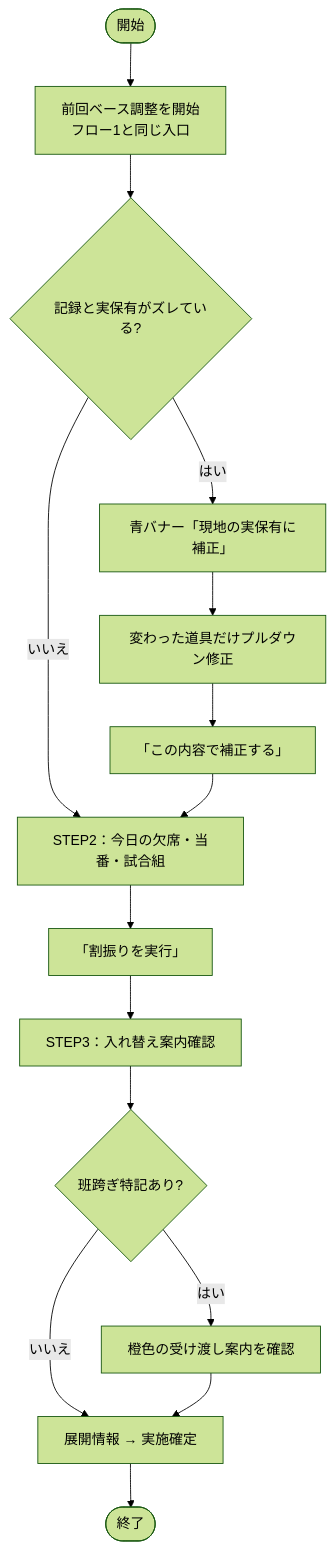
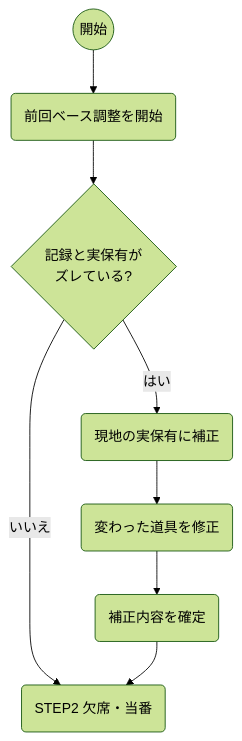
The fourth of 9 diagrams in boys15/docs/TCB-MAN-001_道具割り振りツール_操作マニュアル_v1.5.md (tcb15-admin/tcb-tools), drawn with Mermaid (forest theme) before and after one commit. The commit also changed other lines of this file and 3 other files, not shown here.

First line of the commit message:
docs: 15期マニュアルv1.11でフロー図のPDFレイアウトを改善

````diff
--- a/boys15/docs/TCB-MAN-001_道具割り振りツール_操作マニュアル_v1.5.md
+++ b/boys15/docs/TCB-MAN-001_道具割り振りツール_操作マニュアル_v1.5.md
@@ -189,17 +207,10 @@
 ```mermaid
 flowchart TD
-    S([開始]) --> ST[前回ベース調整を開始<br/>フロー1と同じ入口]
-    ST --> AH{記録と実保有がズレている?}
-    AH -->|いいえ| S2[STEP2：今日の欠席・当番・試合組]
-    AH -->|はい| FIX[青バナー「現地の実保有に補正」]
-    FIX --> EDIT[変わった道具だけプルダウン修正]
-    EDIT --> SAVE[「この内容で補正する」]
+    S((開始)) --> ST(前回ベース調整を開始)
+    ST --> AH{記録と実保有が<br/>ズレている?}
+    AH -->|いいえ| S2(STEP2 欠席・当番)
+    AH -->|はい| FIX(現地の実保有に補正)
+    FIX --> EDIT(変わった道具を修正)
+    EDIT --> SAVE(補正内容を確定)
     SAVE --> S2
-    S2 --> RUN[「割振りを実行」]
-    RUN --> S3[STEP3：入れ替え案内確認]
-    S3 --> X{班跨ぎ特記あり?}
-    X -->|はい| READ[橙色の受け渡し案内を確認]
-    X -->|いいえ| SH
-    READ --> SH[展開情報 → 実施確定]
-    SH --> E([終了])
 ```
````
